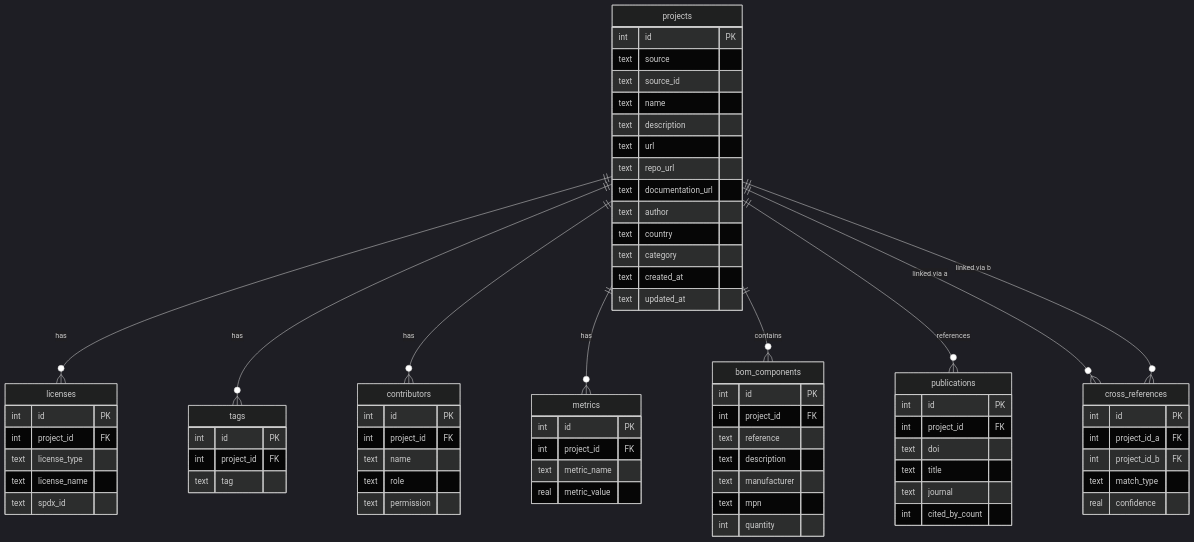
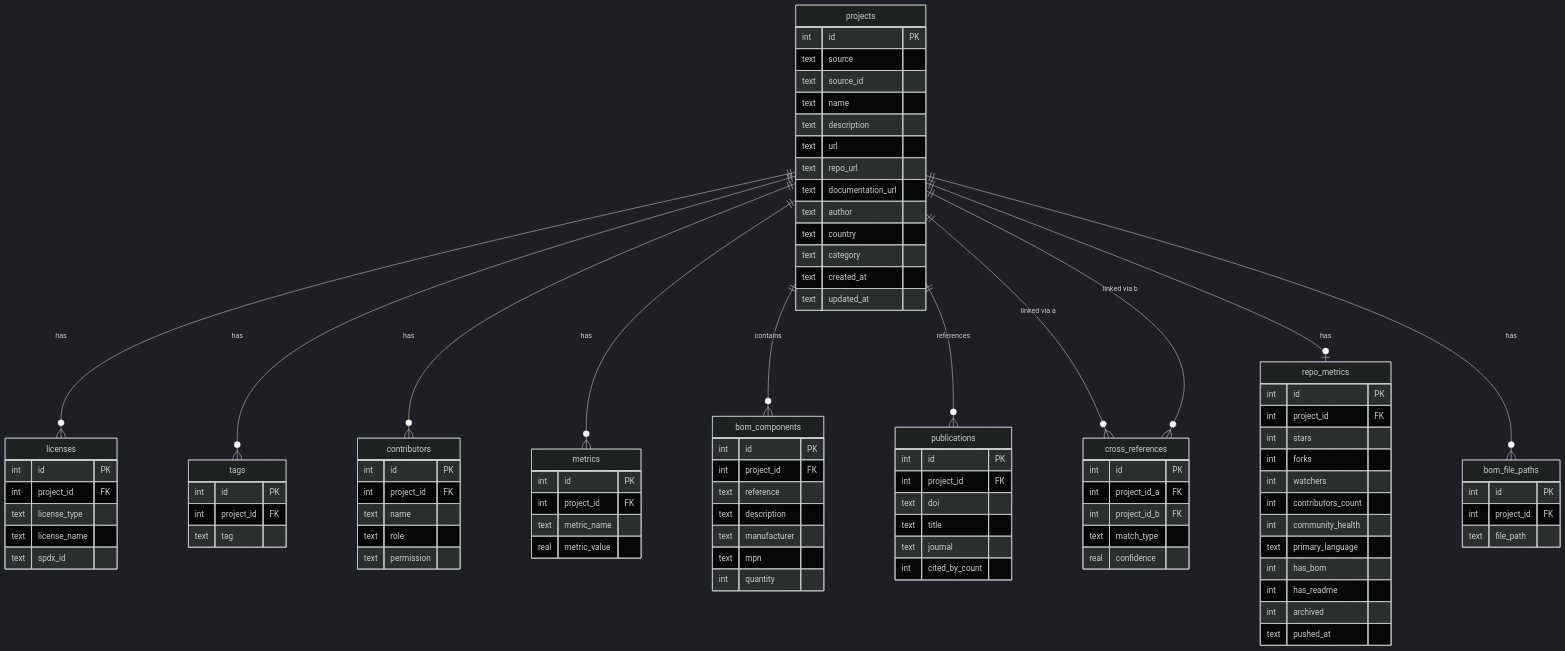
One commit to WeberLab-UW/OSH_Datasets changed the diagram in README.md. Above: the diagram before and after it, drawn with Mermaid (dark theme). The commit also changed other lines of this file and 24 other files, not shown here.

````diff
--- a/README.md
+++ b/README.md
@@ -34,6 +34,8 @@
     projects ||--o{ publications : references
     projects ||--o{ cross_references : "linked via a"
     projects ||--o{ cross_references : "linked via b"
+    projects ||--o| repo_metrics : has
+    projects ||--o{ bom_file_paths : has
 
     projects {
         int id PK
@@ -106,4 +108,25 @@
         text match_type
         real confidence
     }
+
+    repo_metrics {
+        int id PK
+        int project_id FK
+        int stars
+        int forks
+        int watchers
+        int contributors_count
+        int community_health
+        text primary_language
+        int has_bom
+        int has_readme
+        int archived
+        text pushed_at
+    }
+
+    bom_file_paths {
+        int id PK
+        int project_id FK
+        text file_path
+    }
 ```
````
